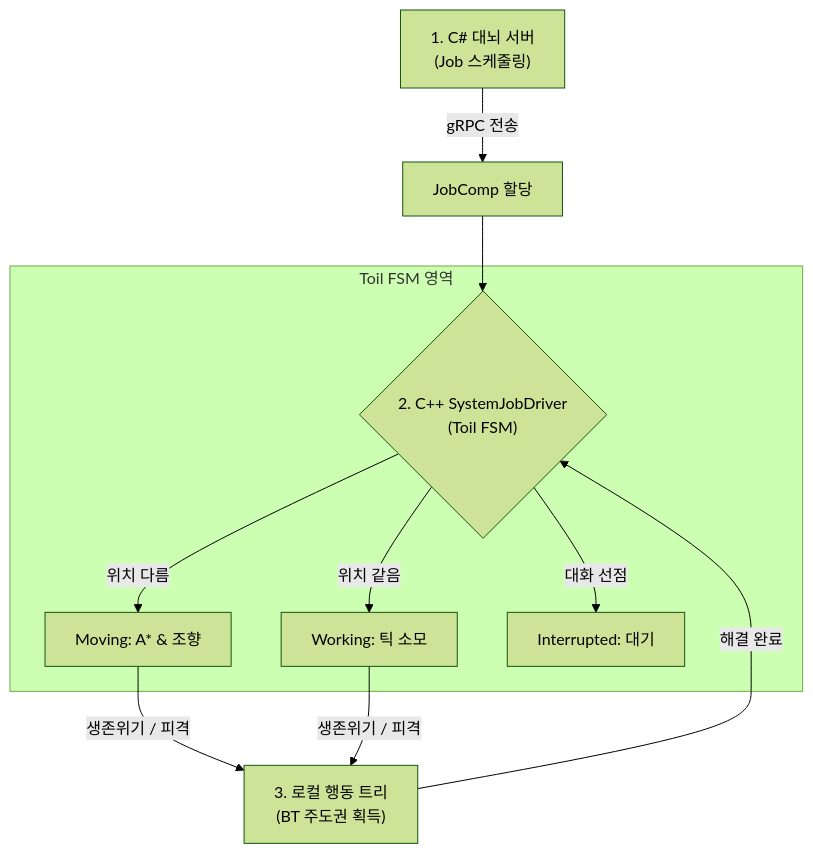
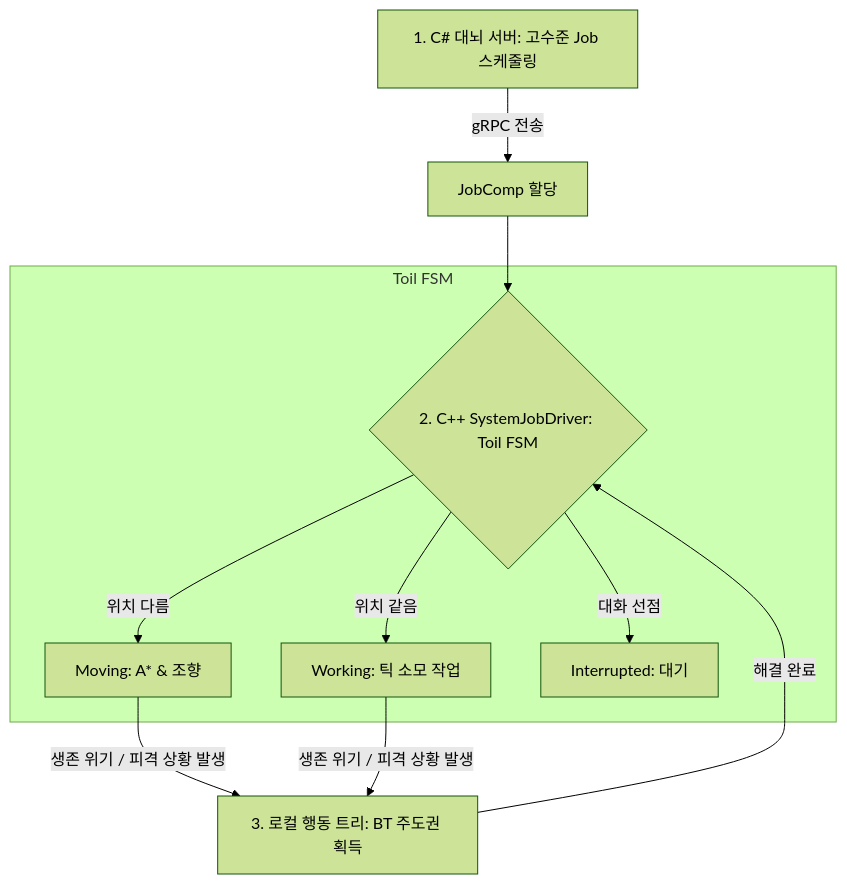
One commit to jin20203458/Obsidian.Agent changed the second of 4 diagrams in MundusVivens/docs/02_agent_design.md. Above: the diagram before and after it, drawn with Mermaid (forest theme). The commit also changed other lines of this file, not shown here.

Commit message:
revert: revert 02_agent_design.md Mermaid edits back to initial state for root cause investigation

````diff
--- a/MundusVivens/docs/02_agent_design.md
+++ b/MundusVivens/docs/02_agent_design.md
@@ -53,15 +53,17 @@
 ```mermaid
-flowchart TD
-    CS["1. C# 대뇌 서버<br/>(Job 스케줄링)"] -->|"gRPC 전송"| JobComp["JobComp 할당"]
-    JobComp --> Driver{"2. C++ SystemJobDriver<br/>(Toil FSM)"}
+graph TD
+    CS[1. C# 대뇌 서버: 고수준 Job 스케줄링] -->|gRPC 전송| JobComp[JobComp 할당]
+    JobComp --> Driver{2. C++ SystemJobDriver: Toil FSM}
     
-    subgraph TOIL_FSM ["Toil FSM 영역"]
-        Driver -->|"위치 다름"| Move["Moving: A* & 조향"]
-        Driver -->|"위치 같음"| Work["Working: 틱 소모"]
-        Driver -->|"대화 선점"| Interrupted["Interrupted: 대기"]
+    %% Toil FSM 영역
+    subgraph Toil FSM
+        Driver -->|위치 다름| Move[Moving: A* & 조향]
+        Driver -->|위치 같음| Work[Working: 틱 소모 작업]
+        Driver -->|대화 선점| Interrupted[Interrupted: 대기]
     end
 
-    Move -->|"생존위기 / 피격"| BT["3. 로컬 행동 트리<br/>(BT 주도권 획득)"]
-    Work -->|"생존위기 / 피격"| BT
-    BT -->|"해결 완료"| Driver
+    %% 실시간 예외 우회 (BT)
+    Move -->|생존 위기 / 피격 상황 발생| BT[3. 로컬 행동 트리: BT 주도권 획득]
+    Work -->|생존 위기 / 피격 상황 발생| BT
+    BT -->|해결 완료| Driver
 ```
````
